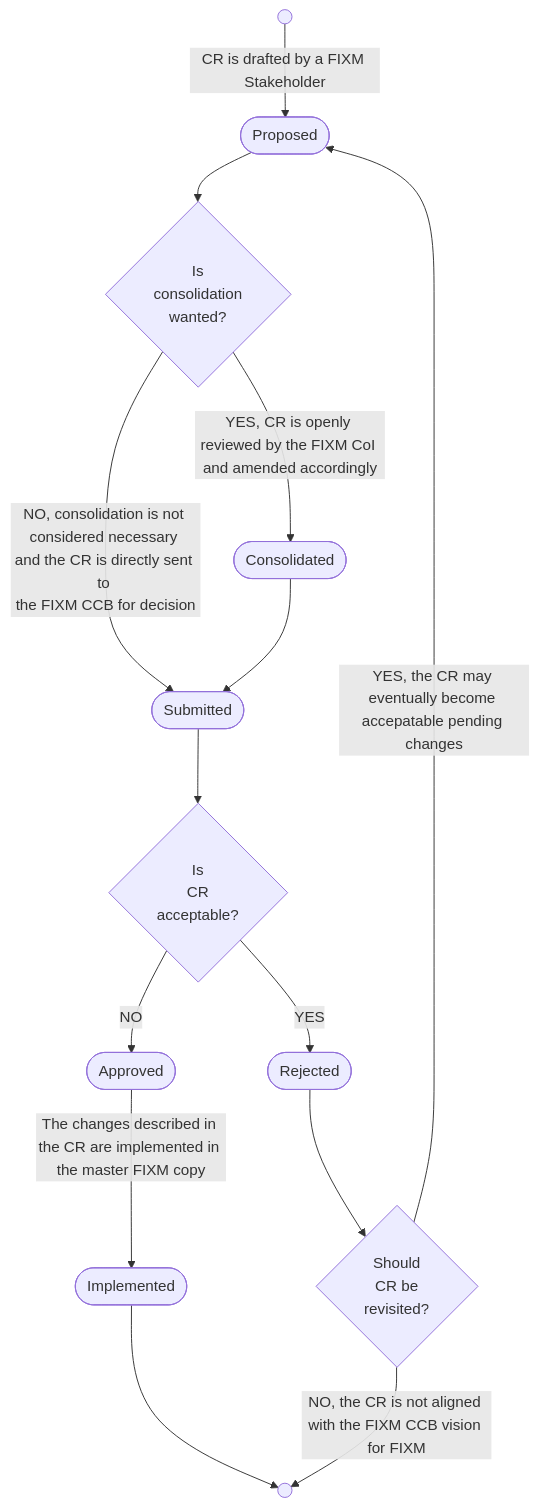
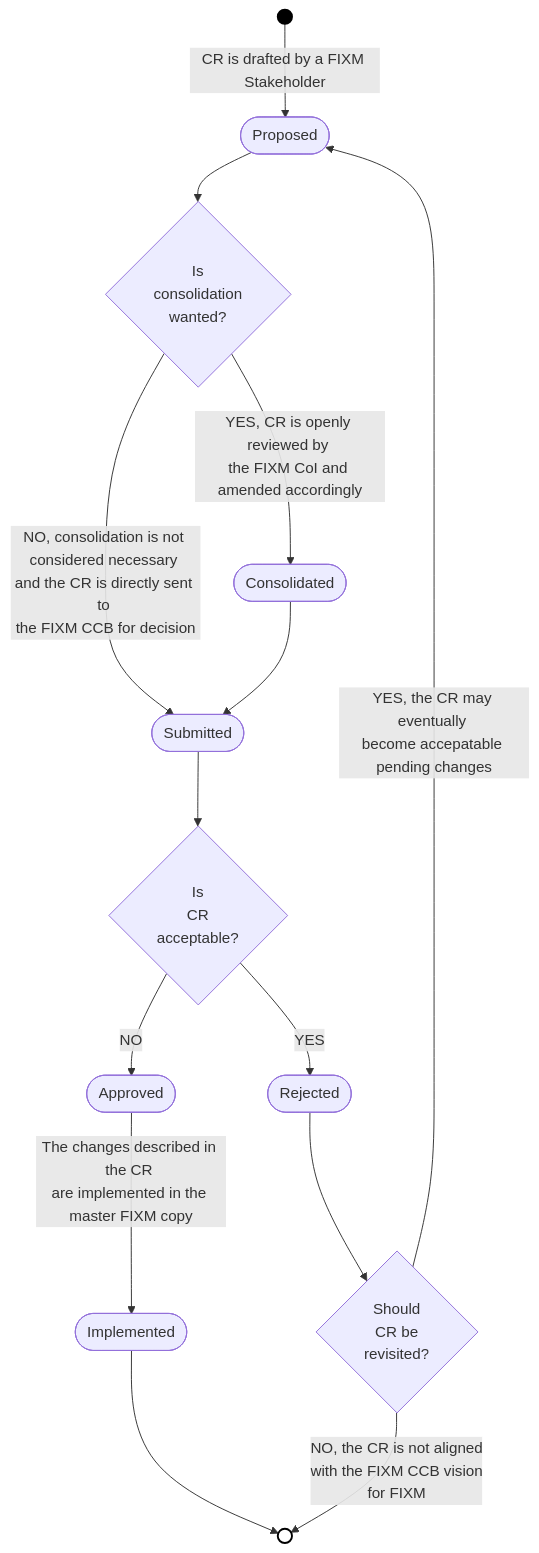
Before and after one commit to du-lapin/test_docsify: the fourth of 4 diagrams in docs/fixm/charter.md, drawn with Mermaid.

````diff
--- a/docs/fixm/charter.md
+++ b/docs/fixm/charter.md
@@ -294,28 +294,31 @@
 ```mermaid
 graph TD
 INITIAL_STATE(( ))
 END_STATE(( ))
 PROPOSED([Proposed])
 CONSOLIDATED([Consolidated])
 SUBMITTED([Submitted])
 REJECTED([Rejected])
 APPROVED([Approved])
 IMPLEMENTED([Implemented])
 is_consolidation_wanted{Is<br>consolidation<br>wanted?}
 is_CR_acceptable{Is<br>CR<br>acceptable?}
 should_CR_be_revisited{Should<br>CR be<br>revisited?}
 
 INITIAL_STATE --> |CR is drafted by a FIXM Stakeholder| PROPOSED
 PROPOSED --> is_consolidation_wanted
 is_consolidation_wanted --> |NO, consolidation is not considered necessary <br>and the CR is directly sent to <br>the FIXM CCB for decision| SUBMITTED
-is_consolidation_wanted --> |YES, CR is openly reviewed by the FIXM CoI <br>and amended accordingly| CONSOLIDATED
+is_consolidation_wanted --> |YES, CR is openly reviewed by <br>the FIXM CoI and amended accordingly| CONSOLIDATED
 CONSOLIDATED --> | | SUBMITTED
 SUBMITTED --> | | is_CR_acceptable
 is_CR_acceptable --> |YES| REJECTED
 is_CR_acceptable --> |NO| APPROVED
-APPROVED --> |The changes described in the CR are implemented in the master FIXM copy| IMPLEMENTED
+APPROVED --> |The changes described in the CR <br>are implemented in the master FIXM copy| IMPLEMENTED
 IMPLEMENTED --> END_STATE
 REJECTED --> should_CR_be_revisited
-should_CR_be_revisited --> |YES, the CR may eventually become accepatable pending changes| PROPOSED
-should_CR_be_revisited --> |NO, the CR is not aligned with the FIXM CCB vision for FIXM| END_STATE
+should_CR_be_revisited --> |YES, the CR may eventually <br>become accepatable <br>pending changes| PROPOSED
+should_CR_be_revisited --> |NO, the CR is not aligned <br>with the FIXM CCB vision <br>for FIXM| END_STATE
+
+style INITIAL_STATE fill:black,stroke:black,stroke-width:2px
+style END_STATE fill:white,stroke:black,stroke-width:2px
 ```
````
